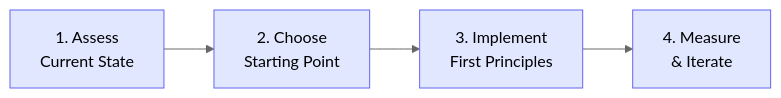
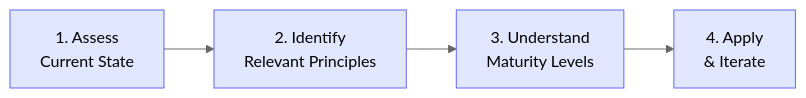
Before and after one commit to nilayparikh/ai-agent-ea-framework: the diagram in guides/index.md, drawn with Mermaid (neutral theme). The commit also changed other lines of this file and 3 other files, not shown here.

First line of the commit message:
Refine framework presentation and remove timelines

````diff
--- a/guides/index.md
+++ b/guides/index.md
@@ -33,11 +33,11 @@
 ```mermaid
 flowchart LR
-    A["1. Assess<br/>Current State"] --> B["2. Choose<br/>Starting Point"]
-    B --> C["3. Implement<br/>First Principles"]
-    C --> D["4. Measure<br/>& Iterate"]
+    A["1. Assess<br/>Current State"] --> B["2. Identify<br/>Relevant Principles"]
+    B --> C["3. Understand<br/>Maturity Levels"]
+    C --> D["4. Apply<br/>& Iterate"]
 
     style A fill:#e0e7ff,stroke:#6366f1
     style B fill:#e0e7ff,stroke:#6366f1
     style C fill:#e0e7ff,stroke:#6366f1
     style D fill:#e0e7ff,stroke:#6366f1
 ```
````
